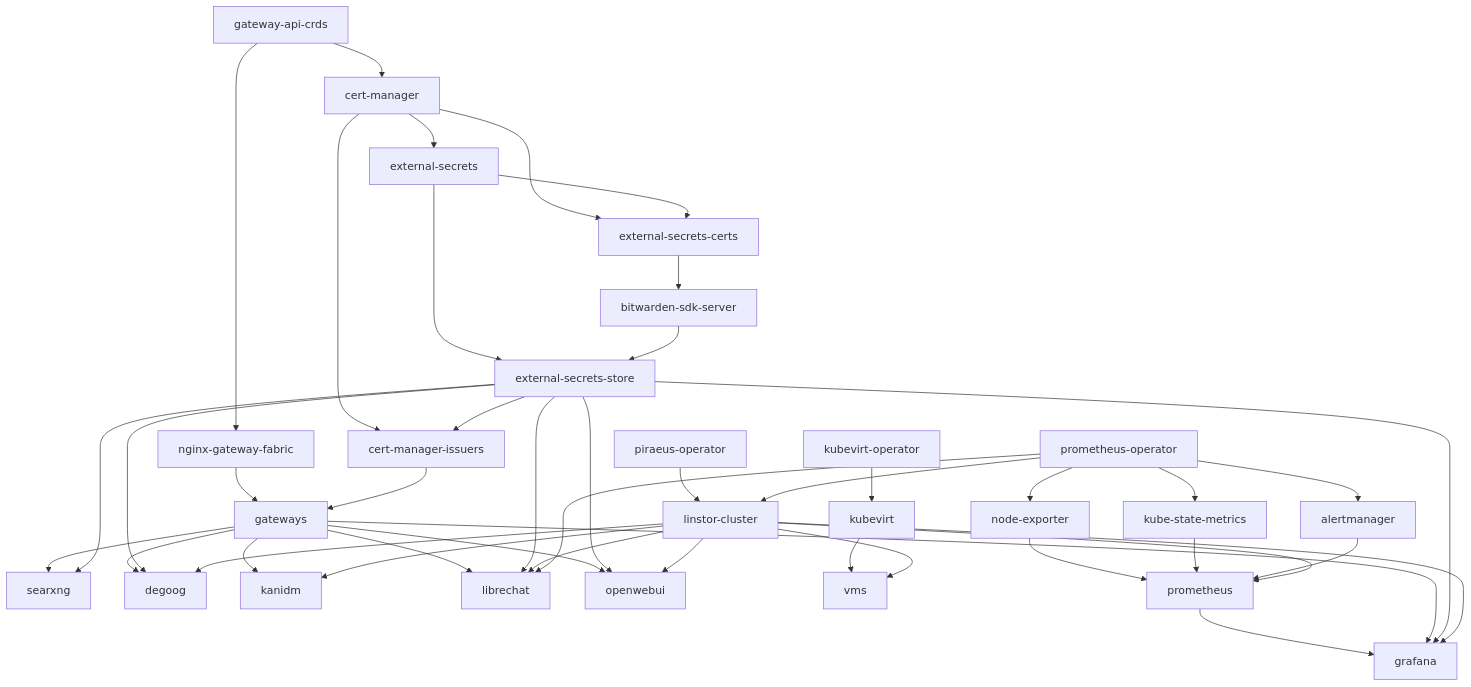
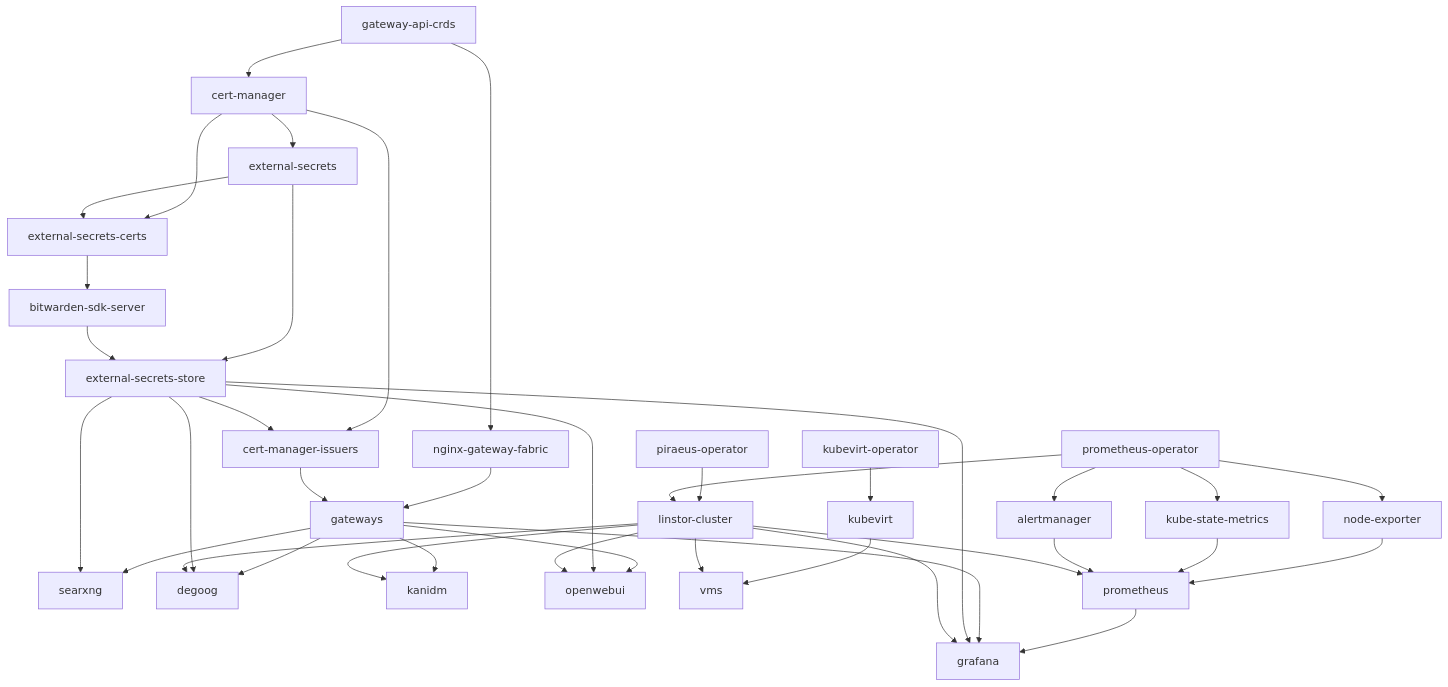
The diagram in README.md (martinxtinto/k8s-flux), drawn with Mermaid before and after one commit. The commit also changed other lines of this file and 10 other files, not shown here.

````diff
--- a/README.md
+++ b/README.md
@@ -30,45 +30,41 @@
 ```mermaid
 flowchart TD
   gateway-api-crds --> cert-manager
   gateway-api-crds --> nginx-gateway-fabric
   cert-manager --> external-secrets
   cert-manager --> external-secrets-certs
   external-secrets --> external-secrets-certs
   external-secrets --> external-secrets-store
   external-secrets-certs --> bitwarden-sdk-server
   bitwarden-sdk-server --> external-secrets-store
   cert-manager --> cert-manager-issuers
   external-secrets-store --> cert-manager-issuers
   nginx-gateway-fabric --> gateways
   cert-manager-issuers --> gateways
   piraeus-operator --> linstor-cluster
   prometheus-operator --> linstor-cluster
   kubevirt-operator --> kubevirt
   gateways --> searxng
   external-secrets-store --> searxng
   gateways --> degoog
   external-secrets-store --> degoog
   linstor-cluster --> degoog
   gateways --> kanidm
   linstor-cluster --> kanidm
-  gateways --> librechat
-  external-secrets-store --> librechat
-  linstor-cluster --> librechat
-  prometheus-operator --> librechat
   gateways --> openwebui
   external-secrets-store --> openwebui
   linstor-cluster --> openwebui
   kubevirt --> vms
   linstor-cluster --> vms
   prometheus-operator --> node-exporter
   prometheus-operator --> kube-state-metrics
   prometheus-operator --> alertmanager
   node-exporter --> prometheus
   kube-state-metrics --> prometheus
   alertmanager --> prometheus
   linstor-cluster --> prometheus
   prometheus --> grafana
   gateways --> grafana
   external-secrets-store --> grafana
   linstor-cluster --> grafana
 ```
````
